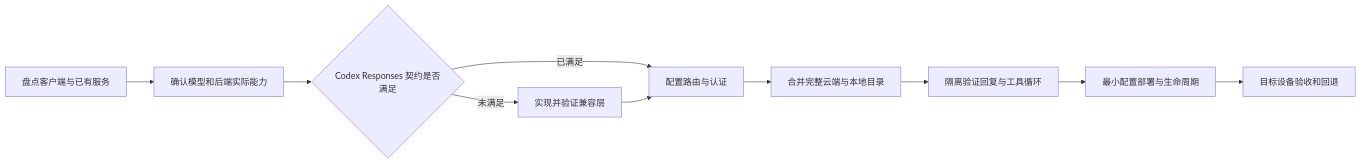
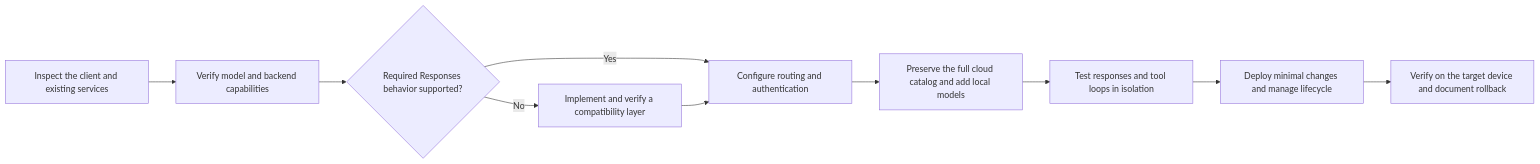
The diagram in README.md (CaseYwY/Codex-Cloud-Local-Models-Guide), drawn with Mermaid before and after one commit. The commit also changed other lines of this file and 1 other file, not shown here.

````diff
--- a/README.md
+++ b/README.md
@@ -11,12 +23,12 @@
 ```mermaid
 flowchart LR
-    A[盘点客户端与已有服务] --> B[确认模型和后端实际能力]
-    B --> C{Codex Responses 契约是否满足}
-    C -->|已满足| D[配置路由与认证]
-    C -->|未满足| E[实现并验证兼容层]
+    A[Inspect the client and existing services] --> B[Verify model and backend capabilities]
+    B --> C{Required Responses behavior supported?}
+    C -->|Yes| D[Configure routing and authentication]
+    C -->|No| E[Implement and verify a compatibility layer]
     E --> D
-    D --> F[合并完整云端与本地目录]
-    F --> G[隔离验证回复与工具循环]
-    G --> H[最小配置部署与生命周期]
-    H --> I[目标设备验收和回退]
+    D --> F[Preserve the full cloud catalog and add local models]
+    F --> G[Test responses and tool loops in isolation]
+    G --> H[Deploy minimal changes and manage lifecycle]
+    H --> I[Verify on the target device and document rollback]
 ```
````
